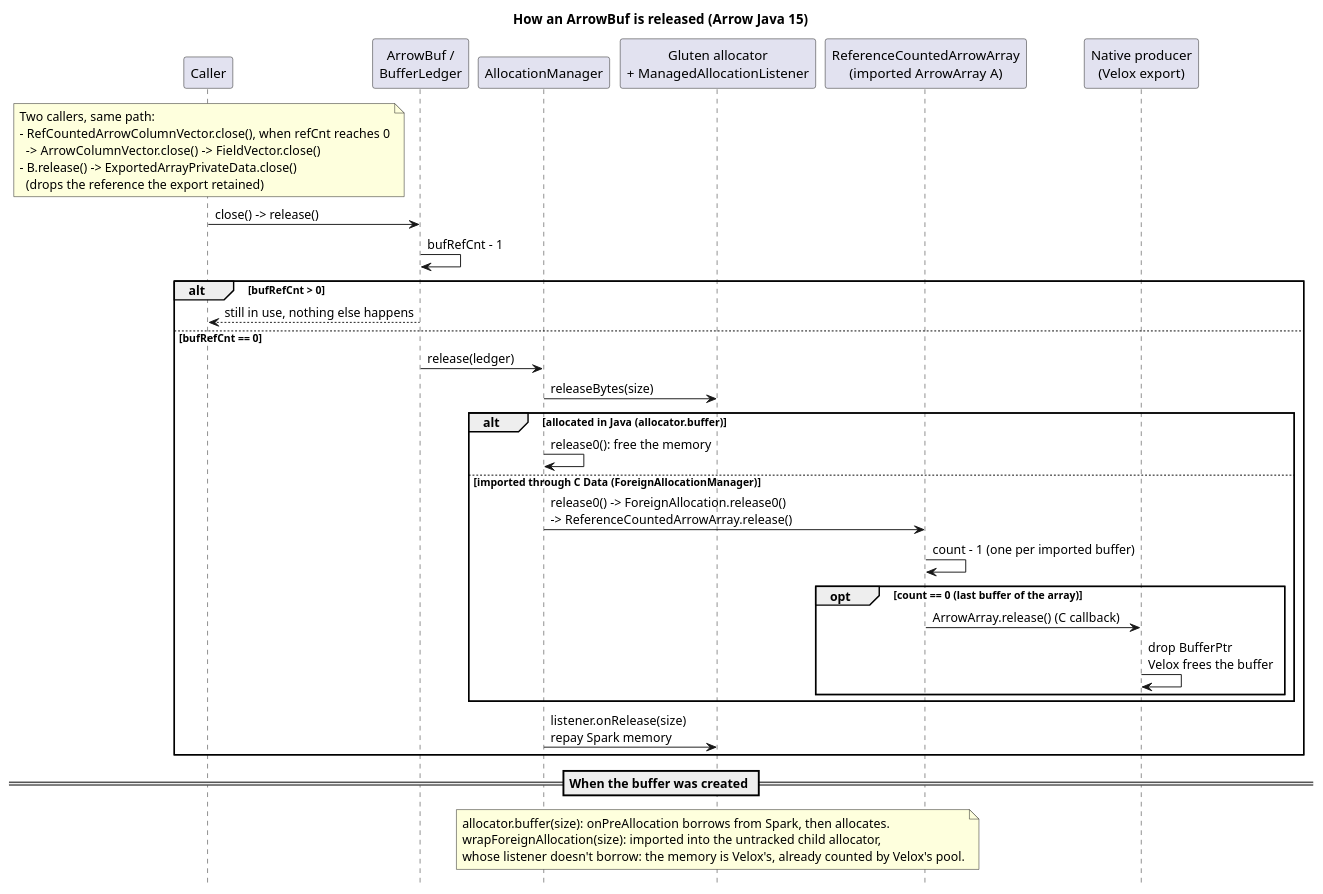
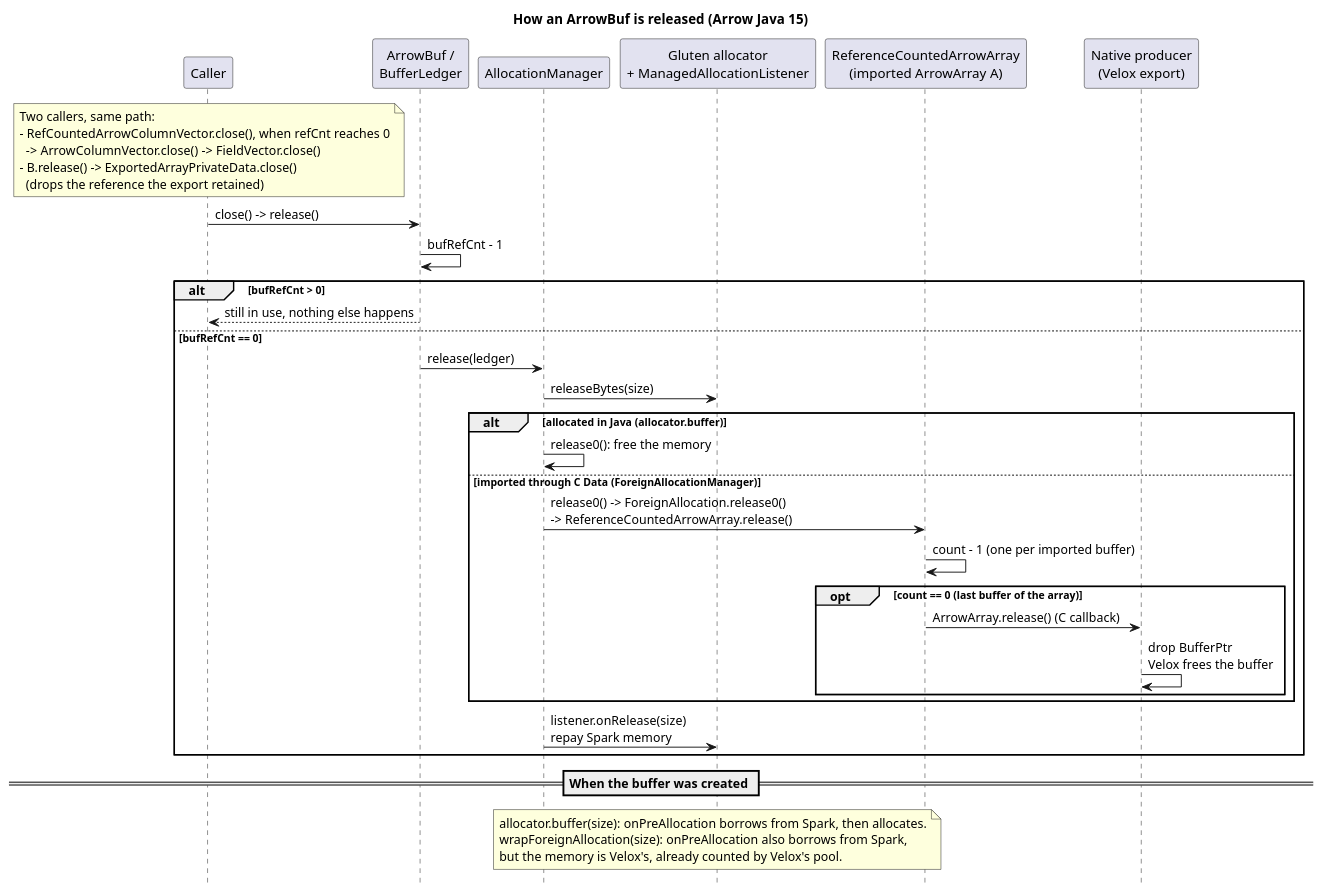
The second of 2 diagrams in docs/backends/velox/developers/ArrowColumnarConversion.md (FelixYBW/gluten), drawn with PlantUML before and after one commit. The commit also changed other lines of this file and 7 other files, not shown here.

````diff
--- a/docs/backends/velox/developers/ArrowColumnarConversion.md
+++ b/docs/backends/velox/developers/ArrowColumnarConversion.md
@@ -278,52 +278,52 @@
 ```plantuml
 @startuml ArrowBufReleaseDispatch
 skinparam shadowing false
 skinparam sequenceMessageAlign left
 skinparam responseMessageBelowArrow true
 hide footbox
 
 title How an ArrowBuf is released (Arrow Java 15)
 
 participant "Caller" as C
 participant "ArrowBuf /\nBufferLedger" as L
 participant "AllocationManager" as M
 participant "Gluten allocator\n+ ManagedAllocationListener" as A
 participant "ReferenceCountedArrowArray\n(imported ArrowArray A)" as R
 participant "Native producer\n(Velox export)" as N
 
 note over C
   Two callers, same path:
   - RefCountedArrowColumnVector.close(), when refCnt reaches 0
     -> ArrowColumnVector.close() -> FieldVector.close()
   - B.release() -> ExportedArrayPrivateData.close()
     (drops the reference the export retained)
 end note
 
 C -> L : close() -> release()
 L -> L : bufRefCnt - 1
 alt bufRefCnt > 0
   L --> C : still in use, nothing else happens
 else bufRefCnt == 0
   L -> M : release(ledger)
   M -> A : releaseBytes(size)
   alt allocated in Java (allocator.buffer)
     M -> M : release0(): free the memory
   else imported through C Data (ForeignAllocationManager)
     M -> R : release0() -> ForeignAllocation.release0()\n-> ReferenceCountedArrowArray.release()
     R -> R : count - 1 (one per imported buffer)
     opt count == 0 (last buffer of the array)
       R -> N : ArrowArray.release() (C callback)
       N -> N : drop BufferPtr\nVelox frees the buffer
     end
   end
   M -> A : listener.onRelease(size)\nrepay Spark memory
 end
 
 == When the buffer was created ==
 note over A
   allocator.buffer(size): onPreAllocation borrows from Spark, then allocates.
-  wrapForeignAllocation(size): imported into the untracked child allocator,
-  whose listener doesn't borrow: the memory is Velox's, already counted by Velox's pool.
+  wrapForeignAllocation(size): onPreAllocation also borrows from Spark,
+  but the memory is Velox's, already counted by Velox's pool.
 end note
 @enduml
 ```
````
